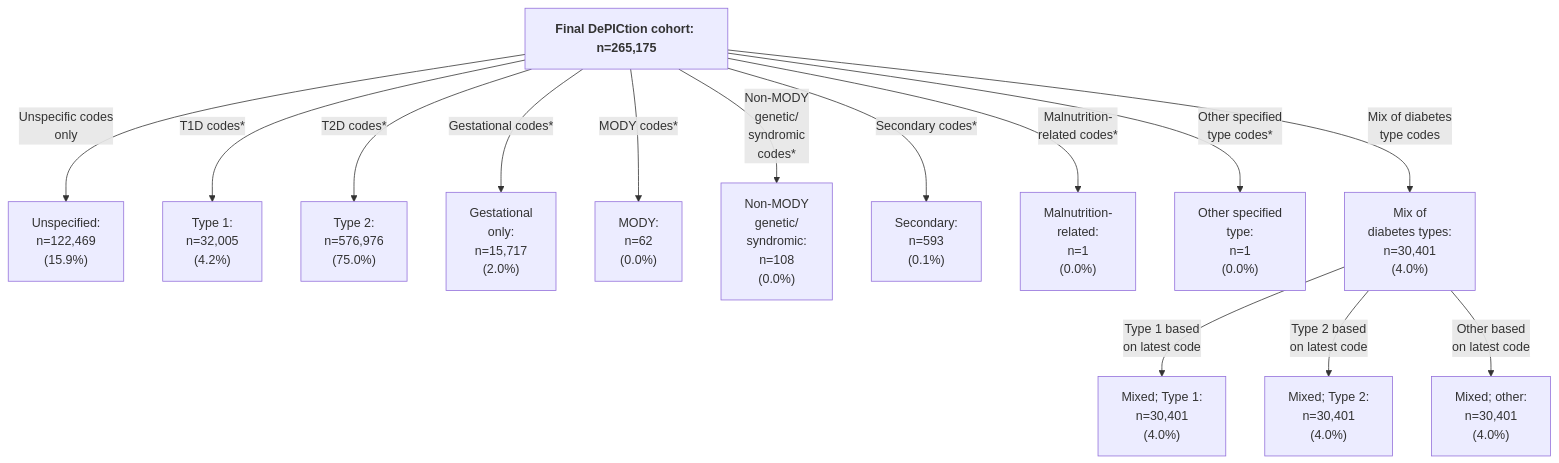
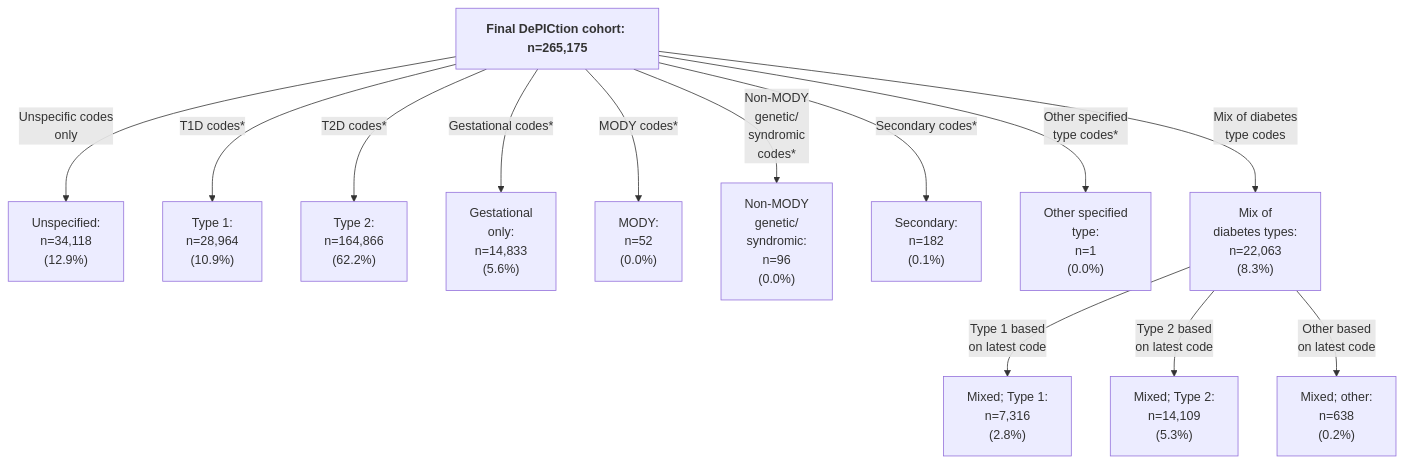
Before and after one commit to Exeter-Diabetes/CPRD-Katie-DePICtion-Scripts: the second of 2 diagrams in README.md, drawn with Mermaid.

````diff
--- a/README.md
+++ b/README.md
@@ -51,16 +51,15 @@
 ```mermaid
 graph TD;
-    G["<b>Final DePICtion cohort:<b> n=265,175"] --> |"Unspecific codes<br>only"| H["Unspecified: <br>n=122,469 <br>(15.9%)"]
-    G --> |"T1D codes*"| I["Type 1: <br>n=32,005 <br>(4.2%)"]
-    G --> |"T2D codes*"| J["Type 2: <br>n=576,976 <br>(75.0%)"]
-    G --> |"Gestational codes*"| K["Gestational <br>only: <br>n=15,717 <br>(2.0%)"]
-    G --> |"MODY codes*"| L["MODY: <br>n=62 <br>(0.0%)"]
-    G --> |"Non-MODY <br>genetic/<br>syndromic <br>codes*"| M["Non-MODY <br>genetic/<br>syndromic: <br>n=108 <br>(0.0%)"]
-    G --> |"Secondary codes*"| N["Secondary: <br>n=593 <br>(0.1%)"]
-    G --> |"Malnutrition-<br>related codes*"| O["Malnutrition-<br>related: <br>n=1 <br>(0.0%)"]
-    G --> |"Other specified<br>type codes*"| P["Other specified<br>type: <br>n=1 <br>(0.0%)"]  
-    G --> |"Mix of diabetes<br>type codes"| Q["Mix of<br>diabetes types: <br>n=30,401 <br>(4.0%)"]
-    Q --> |"Type 1 based<br>on latest code"| R["Mixed; Type 1: <br>n=30,401 <br>(4.0%)"]
-    Q --> |"Type 2 based<br>on latest code"| S["Mixed; Type 2: <br>n=30,401 <br>(4.0%)"]
-    Q --> |"Other based<br>on latest code"| T["Mixed; other: <br>n=30,401 <br>(4.0%)"]
+    G["<b>Final DePICtion cohort:<b> n=265,175"] --> |"Unspecific codes<br>only"| H["Unspecified: <br>n=34,118<br>(12.9%)"]
+    G --> |"T1D codes*"| I["Type 1: <br>n=28,964<br>(10.9%)"]
+    G --> |"T2D codes*"| J["Type 2: <br>n=164,866<br>(62.2%)"]
+    G --> |"Gestational codes*"| K["Gestational <br>only: <br>n=14,833<br>(5.6%)"]
+    G --> |"MODY codes*"| L["MODY: <br>n=52<br>(0.0%)"]
+    G --> |"Non-MODY <br>genetic/<br>syndromic <br>codes*"| M["Non-MODY <br>genetic/<br>syndromic: <br>n=96<br>(0.0%)"]
+    G --> |"Secondary codes*"| N["Secondary: <br>n=182<br>(0.1%)"]
+    G --> |"Other specified<br>type codes*"| P["Other specified<br>type: <br>n=1<br>(0.0%)"]  
+    G --> |"Mix of diabetes<br>type codes"| Q["Mix of<br>diabetes types: <br>n=22,063<br>(8.3%)"]
+    Q --> |"Type 1 based<br>on latest code"| R["Mixed; Type 1: <br>n=7,316<br>(2.8%)"]
+    Q --> |"Type 2 based<br>on latest code"| S["Mixed; Type 2: <br>n=14,109<br>(5.3%)"]
+    Q --> |"Other based<br>on latest code"| T["Mixed; other: <br>n=638<br>(0.2%)"]
 ```
````
